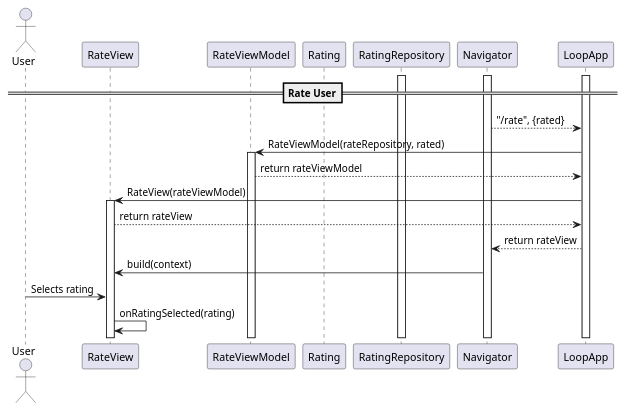
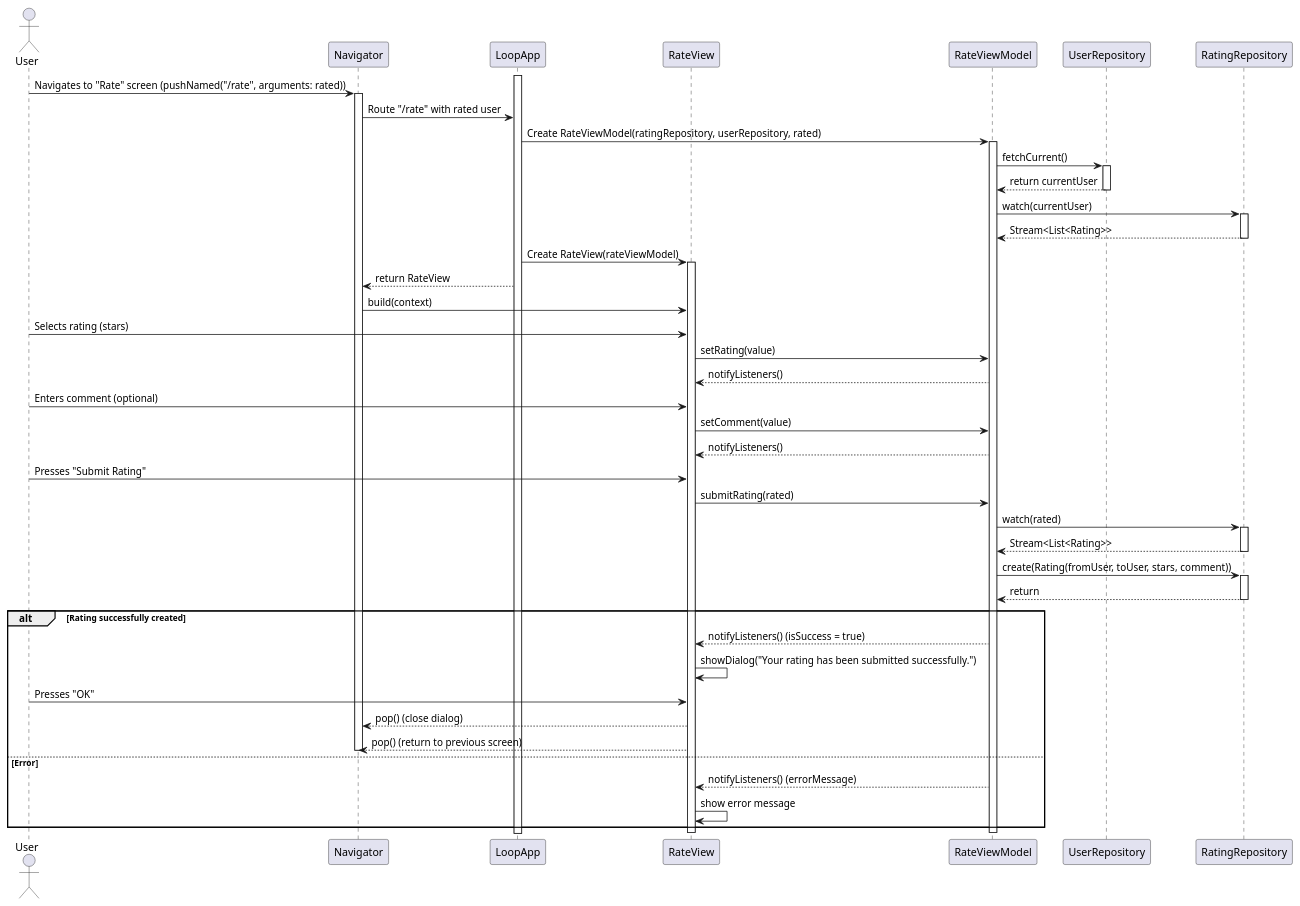
Before and after one commit to YannisRavasopoulos/ProjectSD_S6: the diagram in reports/sequence/rate-user.plantuml, drawn with PlantUML.

Commit message:
Refactor rate-user sequence diagram to improve clarity and structure

```diff
--- a/reports/sequence/rate-user.plantuml
+++ b/reports/sequence/rate-user.plantuml
@@ -1,59 +1,73 @@
 @startuml
+
 actor User
 
-actor User
+participant Navigator
+participant LoopApp
 participant RateView
 participant RateViewModel
-participant Rating
+participant UserRepository
 participant RatingRepository
-participant Navigator
-participant LoopApp
-
-activate Navigator
-activate LoopApp
-activate RatingRepository
-
-==Rate User==
-
-Navigator --> LoopApp: "/rate", {rated}
-LoopApp -> RateViewModel: RateViewModel(rateRepository, rated)
-activate RateViewModel
-RateViewModel --> LoopApp: return rateViewModel
-LoopApp -> RateView: RateView(rateViewModel)
-activate RateView
-RateView --> LoopApp: return rateView
-LoopApp --> Navigator: return rateView
-Navigator -> RateView: build(context)
-User -> RateView: Selects rating
-RateView -> RateView: onRatingSelected(rating)
 
 
-' User -> RateView: Selects report reason
-' ReportView -> RateView: ReasonSelected(reason)
-' opt
-'     User -> ReportView: Enter description
-'     ReportView -> ReportView: onDescriptionChanged(description)
-' end
-' User -> ReportView: Presses "Submit"
-' ReportView -> ReportView: onSubmitPressed()
-' ReportView -> ReportConfirmationDialog: ReportConfirmationDialog(report, onConfirm, onCancel)
-' activate ReportConfirmationDialog
-' alt Confirm
-'     ReportConfirmationDialog -> ReportView: onConfirm()
-'     ReportView -> ReportViewModel: submitReport()
-'     ReportViewModel -> Report: Report(reportee, reason, description)
-'     activate Report
-'     Report --> ReportViewModel: return report
-'     ReportViewModel -> ReportRepository: createReport(report)
-'     ReportRepository --> ReportViewModel
-'     ReportViewModel --> ReportView
-'     ReportView -> ReportView: onReportSubmitted()
-'     ReportView -> ReportView: showSuccessMessage()
-'     deactivate Report
-' else Cancel
-'     ReportConfirmationDialog -> ReportView: onCancel()
-'     deactivate ReportConfirmationDialog
-'     ReportView -> Navigator: pop()
-' end
+activate LoopApp
+User -> Navigator: Navigates to "Rate" screen (pushNamed("/rate", arguments: rated))
+activate Navigator
+Navigator -> LoopApp: Route "/rate" with rated user
+
+LoopApp -> RateViewModel: Create RateViewModel(ratingRepository, userRepository, rated)
+activate RateViewModel
+RateViewModel -> UserRepository: fetchCurrent()
+activate UserRepository
+UserRepository --> RateViewModel: return currentUser
+deactivate UserRepository
+RateViewModel -> RatingRepository: watch(currentUser)
+activate RatingRepository
+RatingRepository --> RateViewModel: Stream<List<Rating>>
+deactivate RatingRepository
+LoopApp -> RateView: Create RateView(rateViewModel)
+activate RateView
+LoopApp --> Navigator: return RateView
+
+Navigator -> RateView: build(context)
+
+
+User -> RateView: Selects rating (stars)
+
+RateView -> RateViewModel: setRating(value)
+
+RateViewModel --> RateView: notifyListeners()
+
+
+User -> RateView: Enters comment (optional)
+RateView -> RateViewModel: setComment(value)
+
+RateViewModel --> RateView: notifyListeners()
+
+
+User -> RateView: Presses "Submit Rating"
+RateView -> RateViewModel: submitRating(rated)
+RateViewModel -> RatingRepository: watch(rated)
+activate RatingRepository
+RatingRepository --> RateViewModel: Stream<List<Rating>>
+deactivate RatingRepository
+RateViewModel -> RatingRepository: create(Rating(fromUser, toUser, stars, comment))
+activate RatingRepository
+RatingRepository --> RateViewModel: return
+deactivate RatingRepository
+
+alt Rating successfully created
+    RateViewModel --> RateView: notifyListeners() (isSuccess = true)
+    RateView -> RateView: showDialog("Your rating has been submitted successfully.")
+    User -> RateView: Presses "OK"
+    RateView --> Navigator: pop() (close dialog)
+    RateView --> Navigator: pop() (return to previous screen)
+    deactivate Navigator
+else Error
+    RateViewModel --> RateView: notifyListeners() (errorMessage)
+    RateView -> RateView: show error message
+end
+deactivate RateViewModel
+deactivate RateView
 
 @enduml
```
